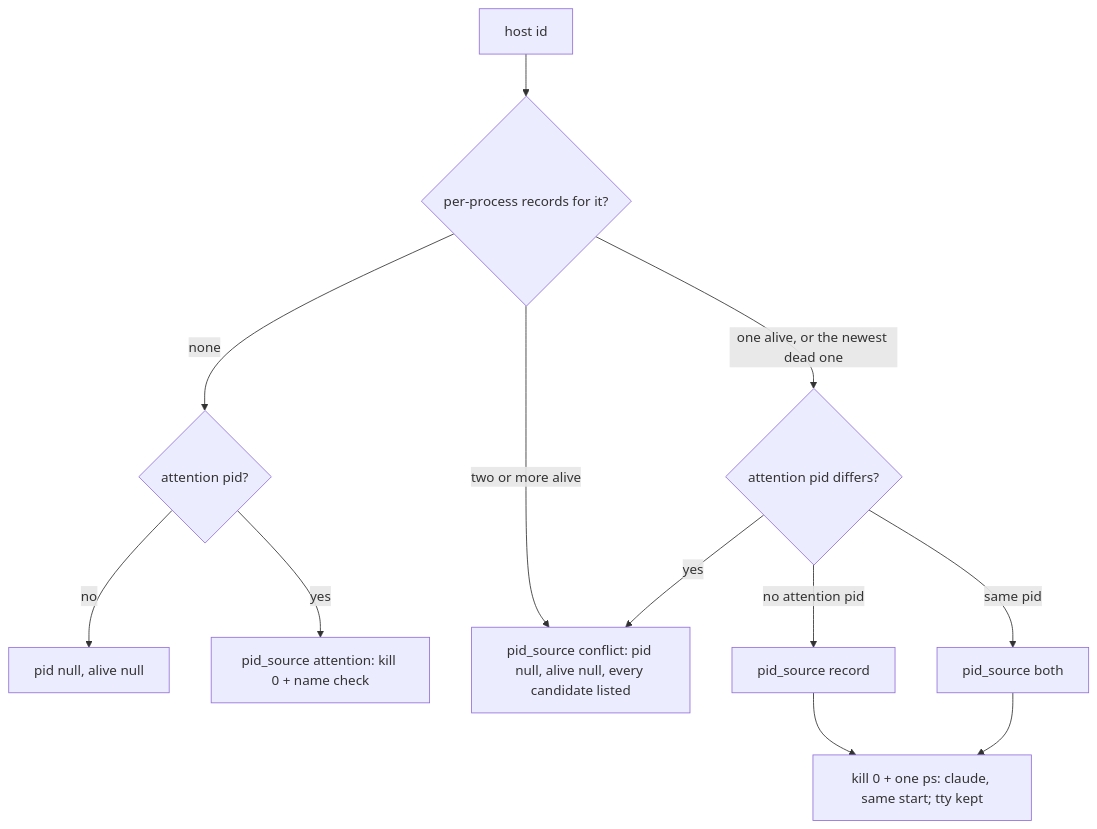
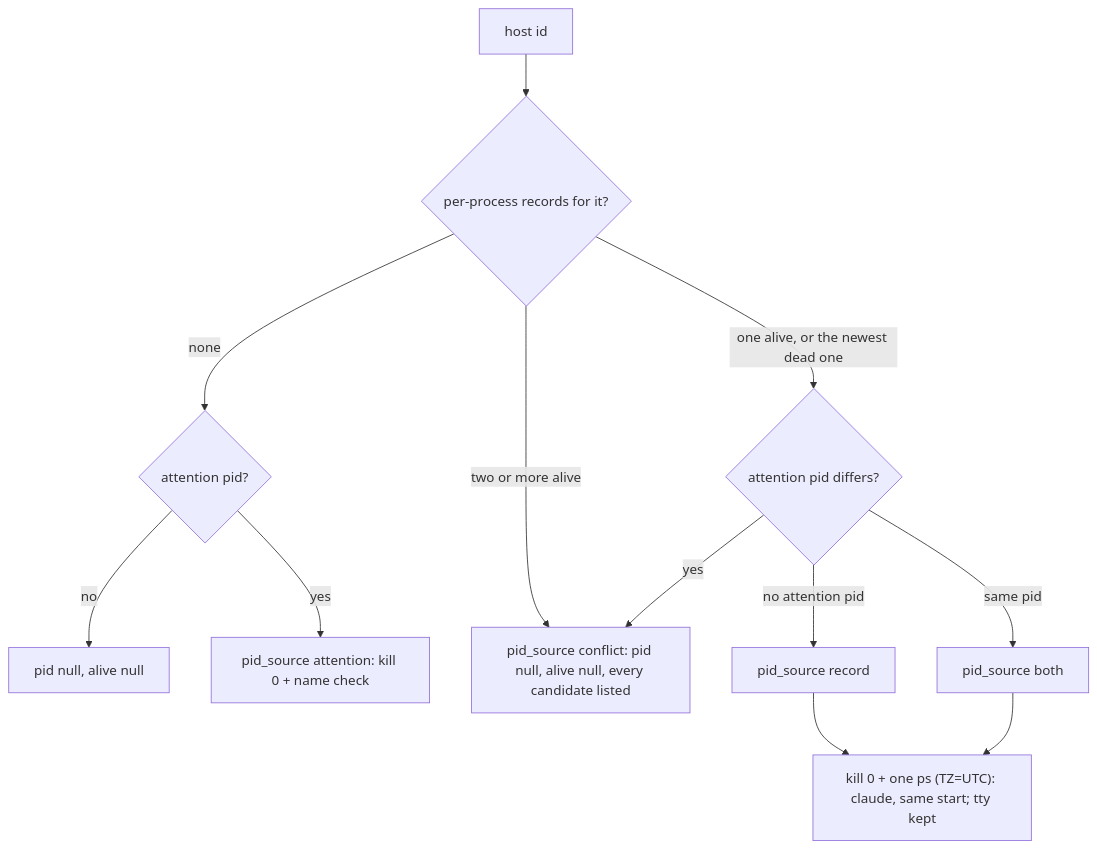
One commit to Mindchallenges/Invariant changed the second of 6 diagrams in docs/architecture/oracle.md. Above: the diagram before and after it, drawn with Mermaid. The commit also changed other lines of this file and 3 other files, not shown here.

First line of the commit message:
Oracle - ps runs with TZ=UTC so a live host's start matches procStart (BUG_086)

````diff
--- a/docs/architecture/oracle.md
+++ b/docs/architecture/oracle.md
@@ -342,14 +346,14 @@
 ```mermaid
 flowchart TD
     A["host id"] --> R{"per-process records for it?"}
     R -- "none" --> P{"attention pid?"}
     P -- "no" --> U["pid null, alive null"]
     P -- "yes" --> AP["pid_source attention: kill 0 + name check"]
     R -- "two or more alive" --> C["pid_source conflict: pid null, alive null, every candidate listed"]
     R -- "one alive, or the newest dead one" --> J{"attention pid differs?"}
     J -- "yes" --> C
     J -- "no attention pid" --> RP["pid_source record"]
     J -- "same pid" --> BP["pid_source both"]
-    RP --> CHK["kill 0 + one ps: claude, same start; tty kept"]
+    RP --> CHK["kill 0 + one ps (TZ=UTC): claude, same start; tty kept"]
     BP --> CHK
 ```
````
